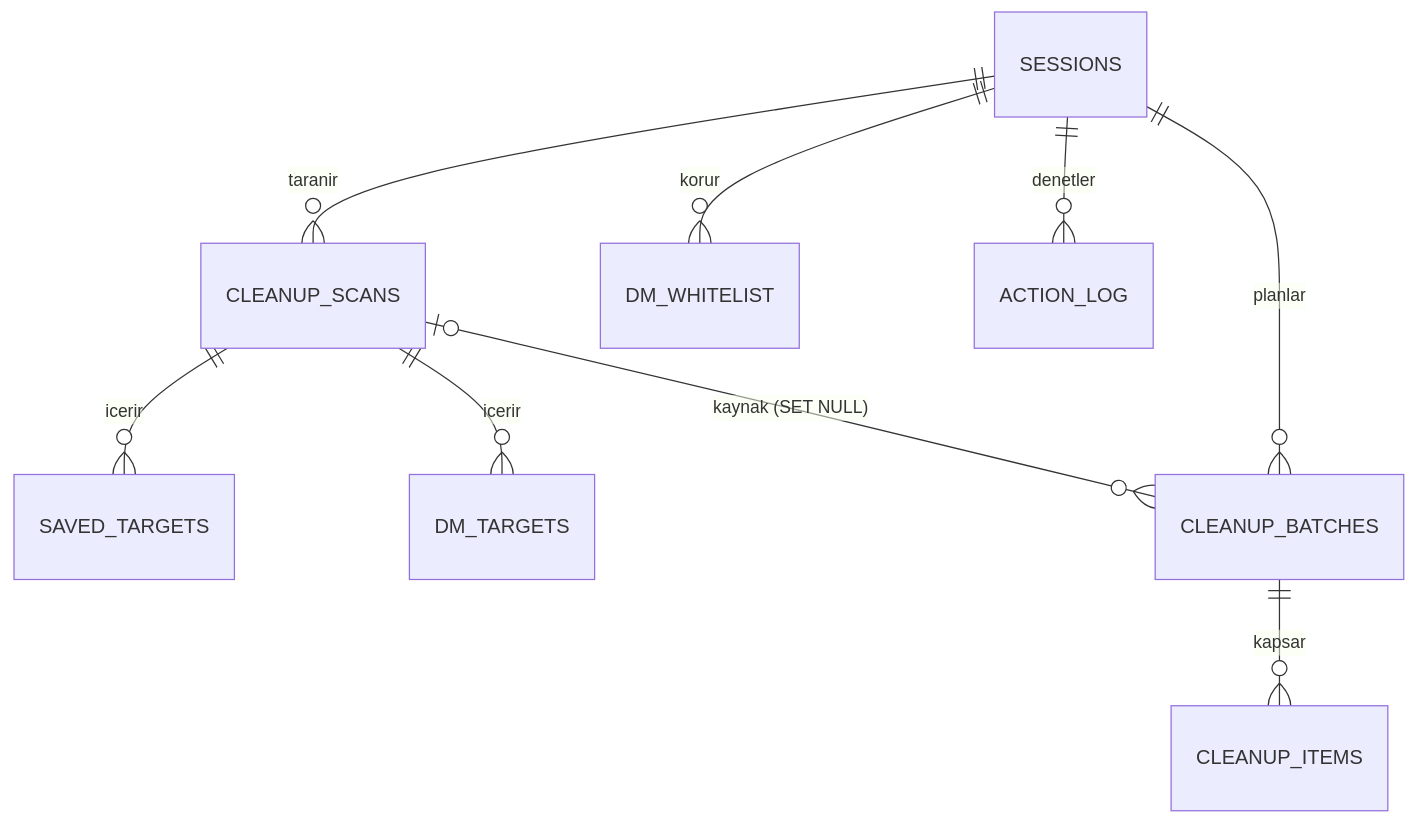
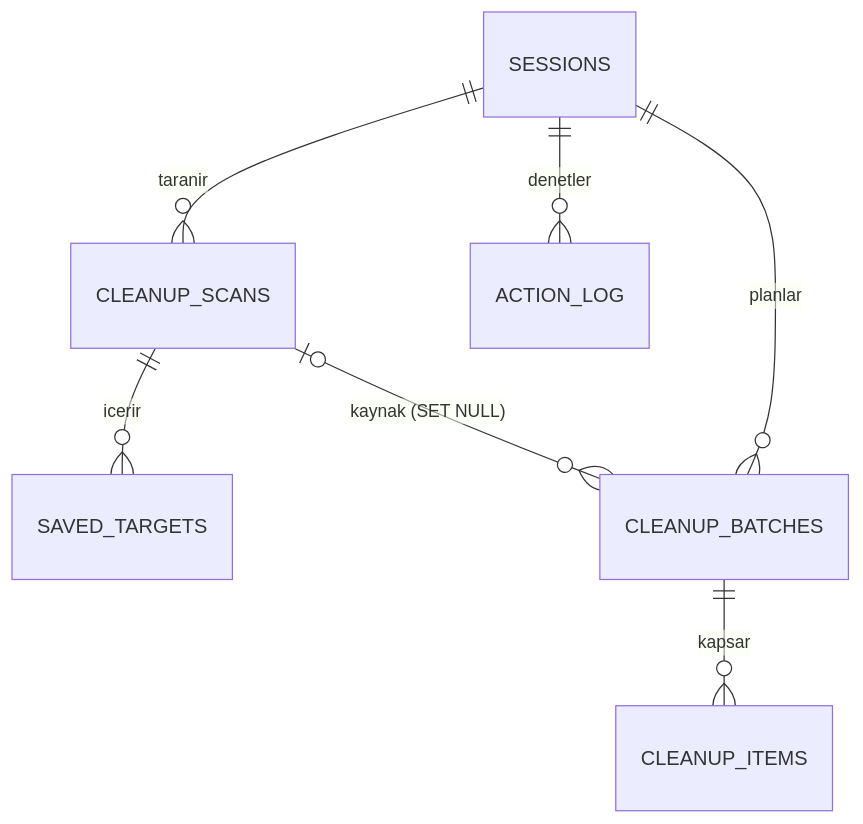
Before and after one commit to GktuOktay/InstaAnalytic: the fifth of 6 diagrams in docs/specs/SPEC-001-kaydedilen-ve-dm-temizleme.md, drawn with Mermaid. The commit also changed other lines of this file and 13 other files, not shown here.

````diff
--- a/docs/specs/SPEC-001-kaydedilen-ve-dm-temizleme.md
+++ b/docs/specs/SPEC-001-kaydedilen-ve-dm-temizleme.md
@@ -503,11 +988,9 @@
 ```mermaid
 erDiagram
   SESSIONS ||--o{ CLEANUP_SCANS : taranir
   CLEANUP_SCANS ||--o{ SAVED_TARGETS : icerir
-  CLEANUP_SCANS ||--o{ DM_TARGETS : icerir
   CLEANUP_SCANS |o--o{ CLEANUP_BATCHES : "kaynak (SET NULL)"
   SESSIONS ||--o{ CLEANUP_BATCHES : planlar
   CLEANUP_BATCHES ||--o{ CLEANUP_ITEMS : kapsar
-  SESSIONS ||--o{ DM_WHITELIST : korur
   SESSIONS ||--o{ ACTION_LOG : denetler
 ```
````
